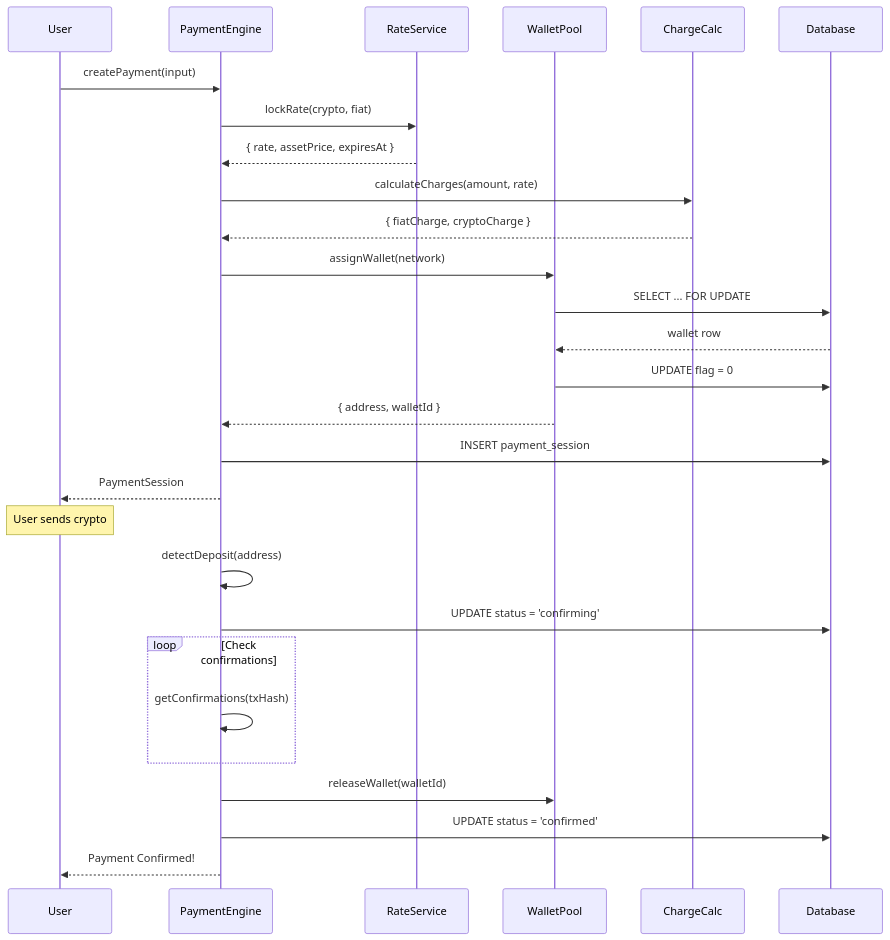
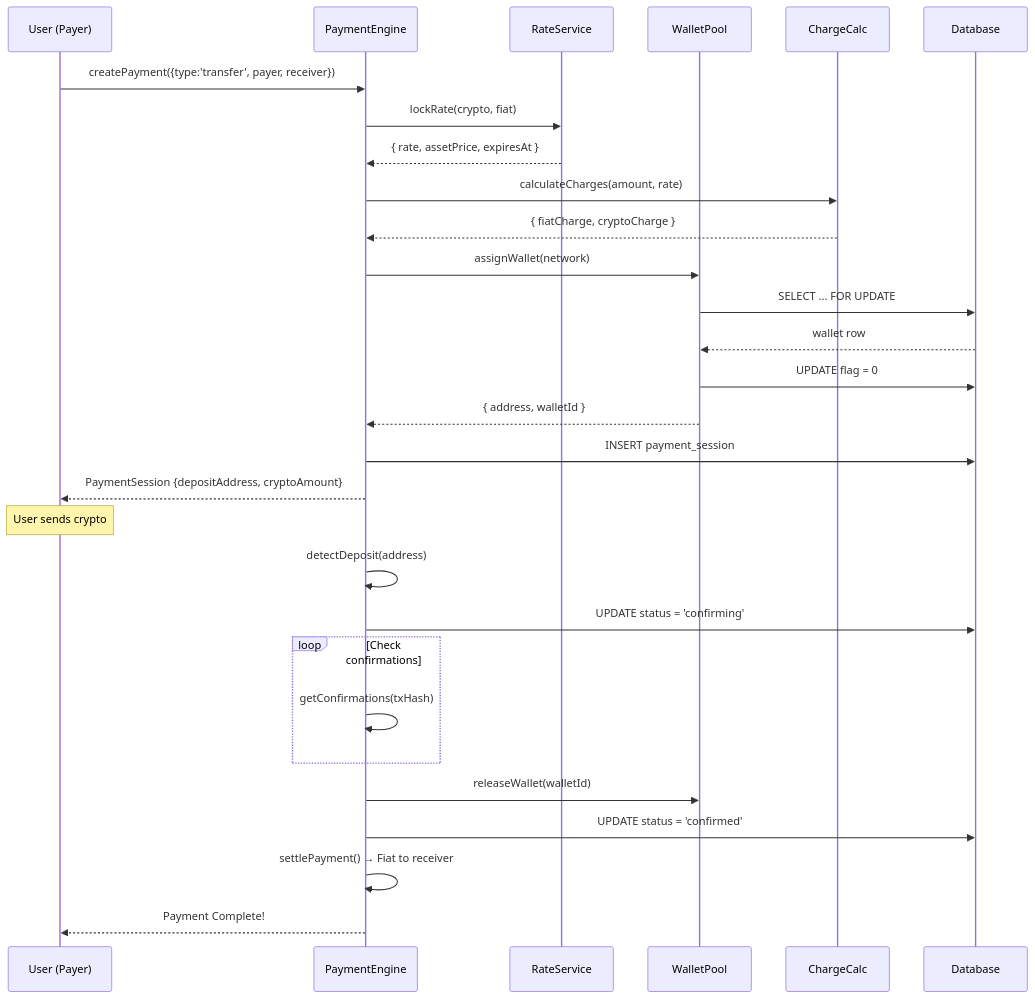
The first of 5 diagrams in src/services/payment-engine/docs/ARCHITECTURE.md (SIRFITECH/chat.2settle), drawn with Mermaid before and after one commit. The commit also changed other lines of this file and 3 other files, not shown here.

Commit message:
fix: included the gift and request into the 2settle payment engine

````diff
--- a/src/services/payment-engine/docs/ARCHITECTURE.md
+++ b/src/services/payment-engine/docs/ARCHITECTURE.md
@@ -549,35 +902,36 @@
 ```mermaid
 sequenceDiagram
-    participant U as User
+    participant U as User (Payer)
     participant E as PaymentEngine
     participant R as RateService
     participant W as WalletPool
     participant C as ChargeCalc
     participant DB as Database
 
-    U->>E: createPayment(input)
+    U->>E: createPayment({type:'transfer', payer, receiver})
     E->>R: lockRate(crypto, fiat)
     R-->>E: { rate, assetPrice, expiresAt }
     E->>C: calculateCharges(amount, rate)
     C-->>E: { fiatCharge, cryptoCharge }
     E->>W: assignWallet(network)
     W->>DB: SELECT ... FOR UPDATE
     DB-->>W: wallet row
     W->>DB: UPDATE flag = 0
     W-->>E: { address, walletId }
     E->>DB: INSERT payment_session
-    E-->>U: PaymentSession
+    E-->>U: PaymentSession {depositAddress, cryptoAmount}
 
     Note over U: User sends crypto
 
     E->>E: detectDeposit(address)
     E->>DB: UPDATE status = 'confirming'
 
     loop Check confirmations
         E->>E: getConfirmations(txHash)
     end
 
     E->>W: releaseWallet(walletId)
     E->>DB: UPDATE status = 'confirmed'
-    E-->>U: Payment Confirmed!
+    E->>E: settlePayment() → Fiat to receiver
+    E-->>U: Payment Complete!
 ```
````
